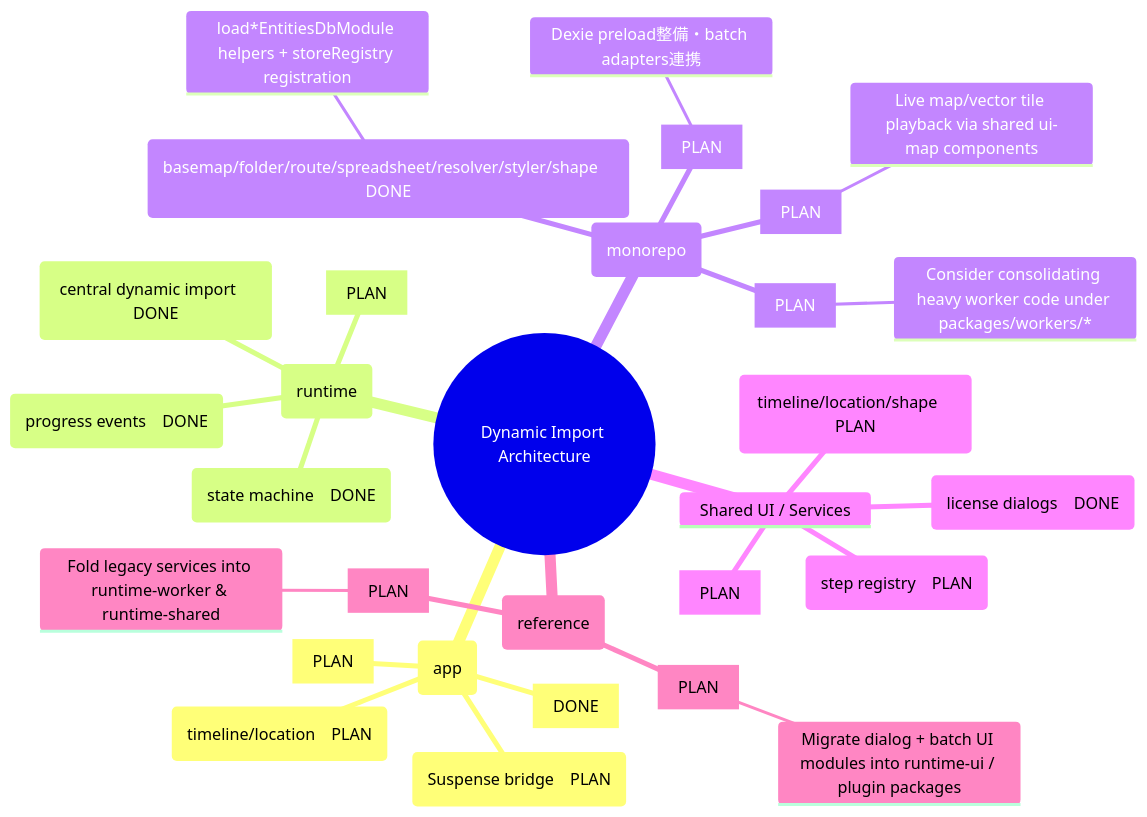
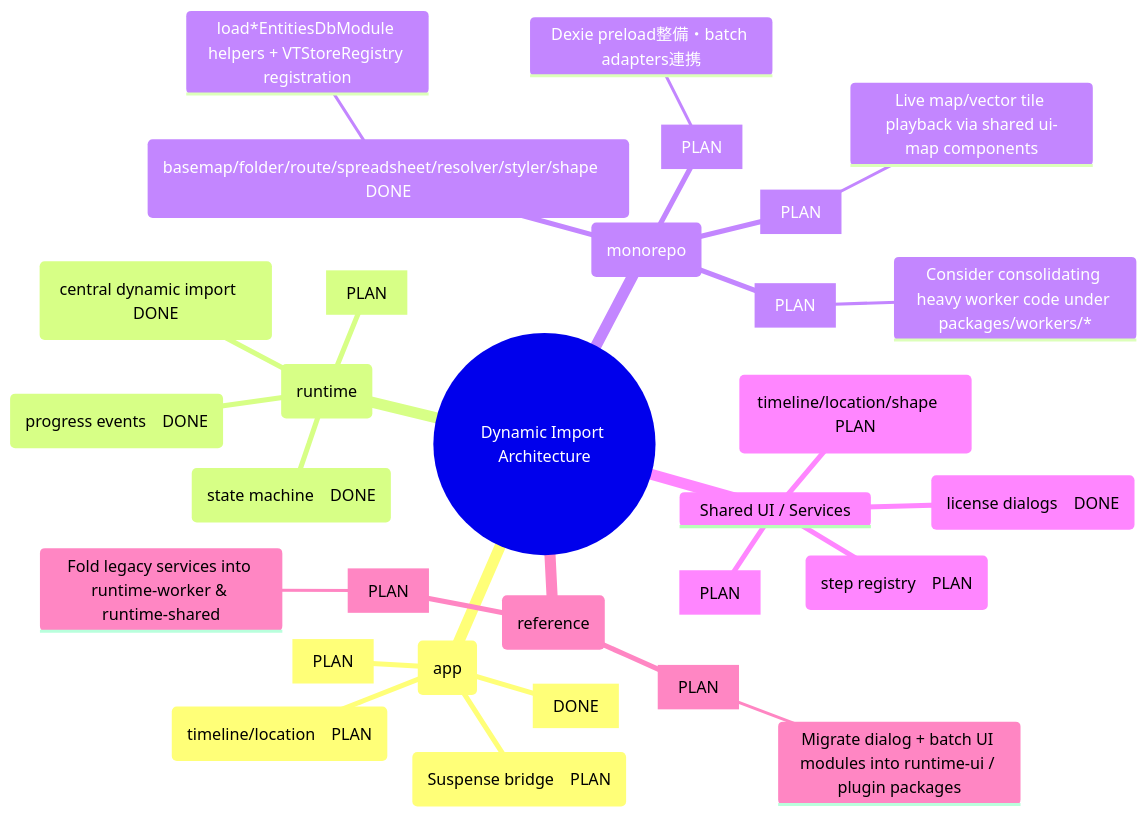
One commit to kubohiroya/hierarchidb changed the second of 2 diagrams in docs/refactoring-folder.md. Above: the diagram before and after it, drawn with Mermaid. The commit also changed 16 other files, not shown here.

Commit message:
feat(runtime-worker): add VTStoreRegistry preloads

````diff
--- a/docs/refactoring-folder.md
+++ b/docs/refactoring-folder.md
@@ -55,33 +55,33 @@
 ```mermaid
 mindmap
   root((Dynamic Import Architecture))
     UI Shell (app)
       WorkerRuntimeProvider (Suspense bridge　PLAN)
       WorkerState hooks / proxy store [DONE]
       Dialog orchestration → runtime-ui/datasource [PLAN]
       Batch dashboards (timeline/location　PLAN)
     Worker Platform (runtime)
       WorkerModuleLoader (central dynamic import　DONE)
       WorkerStateStore (state machine　DONE)
       WorkerAPIClient shim → proxy forwarding [PLAN]
       InitializationChannel (progress events　DONE)
     Plugin Workers (monorepo)
       Core node-types (basemap/folder/route/spreadsheet/resolver/styler/shape　DONE)
-        load*EntitiesDbModule helpers + storeRegistry registration
+        load*EntitiesDbModule helpers + VTStoreRegistry registration
       Location worker [PLAN]
         Dexie preload整備・batch adapters連携
       Timeline worker [PLAN]
         Live map/vector tile playback via shared ui-map components
       Worker package layout [PLAN]
         Consider consolidating heavy worker code under packages/workers/*
     Shared UI / Services
       runtime-ui/datasource (license dialogs　DONE)
       runtime-ui/plugin-dialog (step registry　PLAN)
       @hierarchidb/ui-map integration for timeline/location previews [PLAN]
       Batch pipeline adapters (timeline/location/shape　PLAN)
     Legacy assets (reference)
       app / app0 [PLAN]
         Migrate dialog + batch UI modules into runtime-ui / plugin packages
       packages/core/api/worker [PLAN]
         Fold legacy services into runtime-worker & runtime-shared
 ```
````
